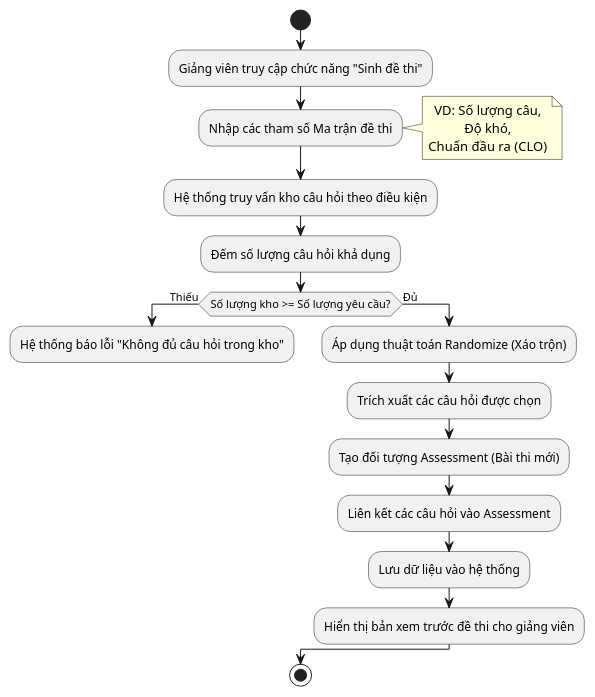
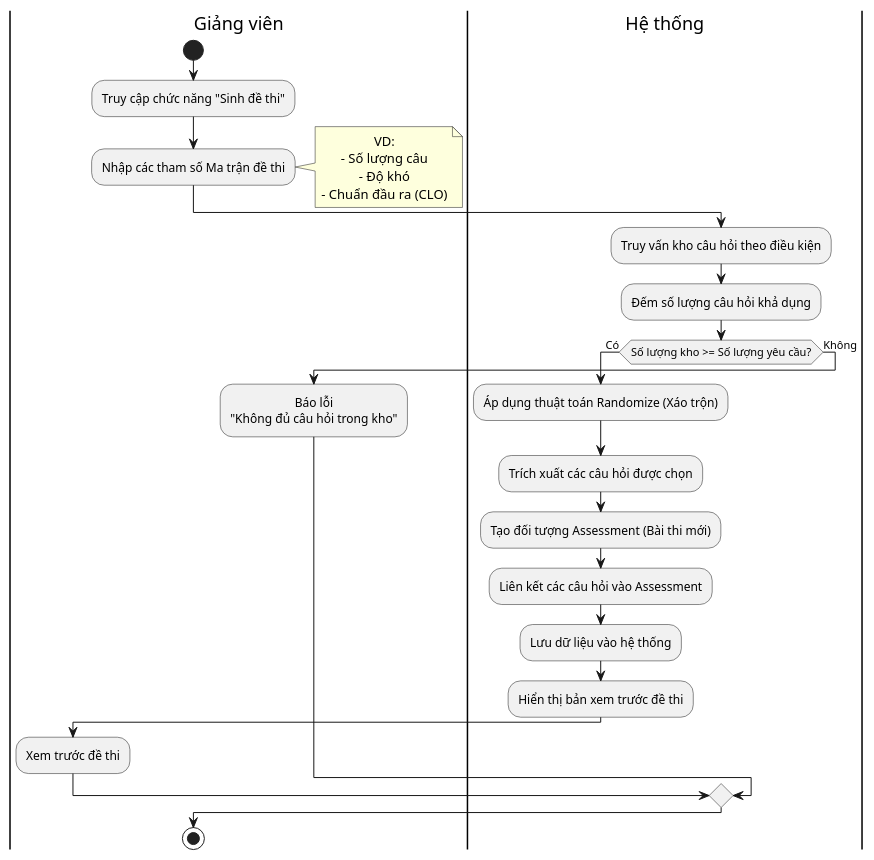
Before and after one commit to thanhthanh123vn/Rubric_Thanh_Duc_2025_2026: the diagram in eureka-server/eureka-server/src/main/java/hcmuaf/edu/vn/fit/rubric/plantUML/activityTeacher/CreateExam.puml, drawn with PlantUML. The commit also changed 39 other files, not shown here.

```diff
--- a/eureka-server/eureka-server/src/main/java/hcmuaf/edu/vn/fit/rubric/plantUML/activityTeacher/CreateExam.puml
+++ b/eureka-server/eureka-server/src/main/java/hcmuaf/edu/vn/fit/rubric/plantUML/activityTeacher/CreateExam.puml
@@ -1,25 +1,36 @@
 @startuml
 skinparam defaultTextAlignment center
+
+|Giảng viên|
 start
-:Giảng viên truy cập chức năng "Sinh đề thi";
+:Truy cập chức năng "Sinh đề thi";
 :Nhập các tham số Ma trận đề thi;
+
 note right
-  VD: Số lượng câu,
-  Độ khó,
-  Chuẩn đầu ra (CLO)
+VD:
+- Số lượng câu
+- Độ khó
+- Chuẩn đầu ra (CLO)
 end note
-:Hệ thống truy vấn kho câu hỏi theo điều kiện;
+
+|Hệ thống|
+:Truy vấn kho câu hỏi theo điều kiện;
 :Đếm số lượng câu hỏi khả dụng;
-if (Số lượng kho >= Số lượng yêu cầu?) then (Thiếu)
-  :Hệ thống báo lỗi "Không đủ câu hỏi trong kho";
-  detach
-else (Đủ)
+
+if (Số lượng kho >= Số lượng yêu cầu?) then (Có)
   :Áp dụng thuật toán Randomize (Xáo trộn);
   :Trích xuất các câu hỏi được chọn;
   :Tạo đối tượng Assessment (Bài thi mới);
   :Liên kết các câu hỏi vào Assessment;
   :Lưu dữ liệu vào hệ thống;
-  :Hiển thị bản xem trước đề thi cho giảng viên;
+  :Hiển thị bản xem trước đề thi;
+
+  |Giảng viên|
+  :Xem trước đề thi;
+
+else (Không)
+  :Báo lỗi\n"Không đủ câu hỏi trong kho";
 endif
+
 stop
 @enduml
```
